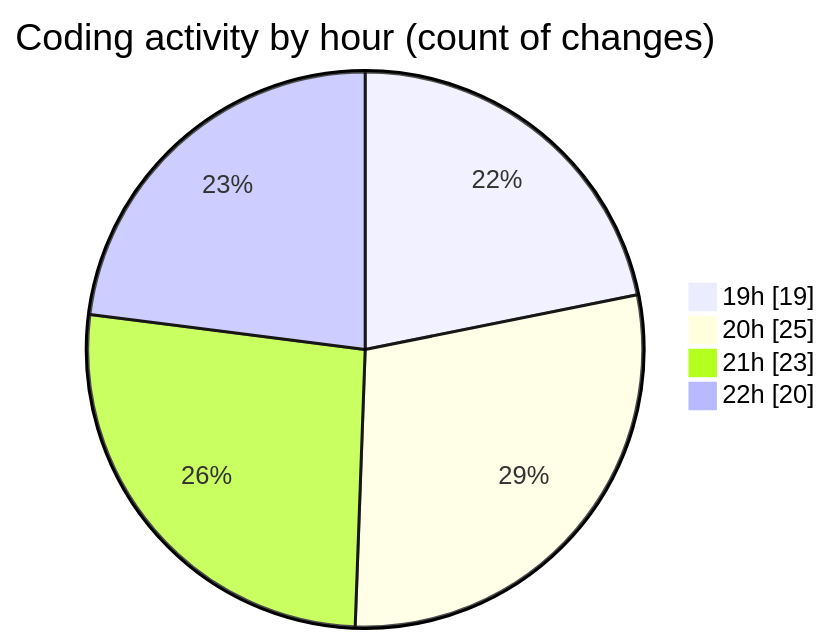
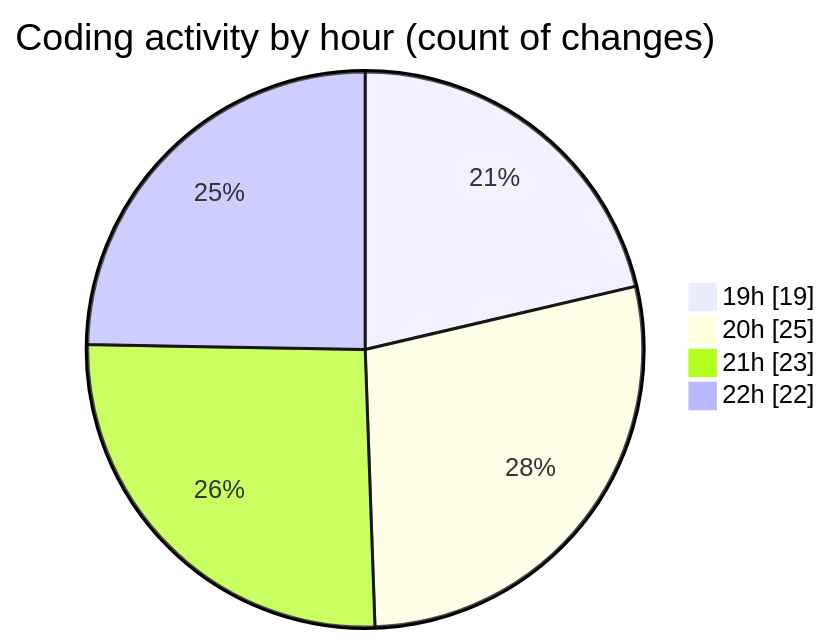
Before and after one commit to momahboobian/code-tracking: the second of 2 diagrams in 2025-05-12/news-clock-system-caspercg/README.md, drawn with Mermaid. The commit also changed other lines of this file and 1 other file, not shown here.

````diff
--- a/2025-05-12/news-clock-system-caspercg/README.md
+++ b/2025-05-12/news-clock-system-caspercg/README.md
@@ -44,8 +44,8 @@
 ```mermaid
 pie showData
 title Coding activity by hour (count of changes)
 "19h" : 19
 "20h" : 25
 "21h" : 23
-"22h" : 20
+"22h" : 22
 ```
````
